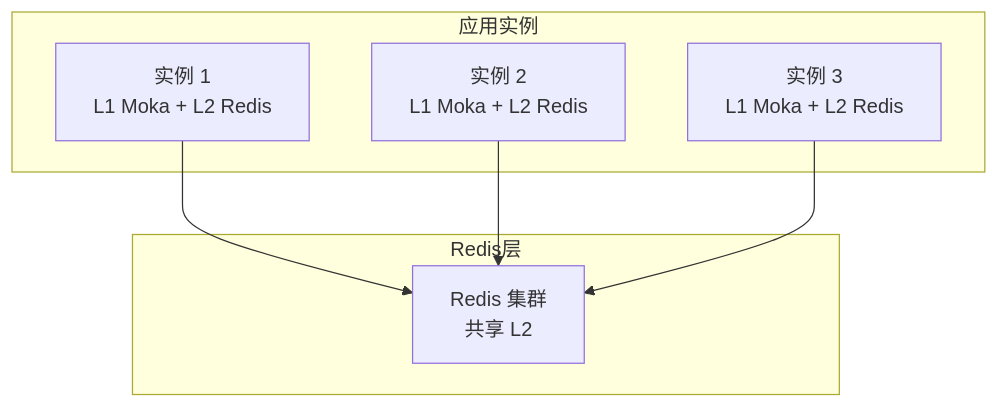
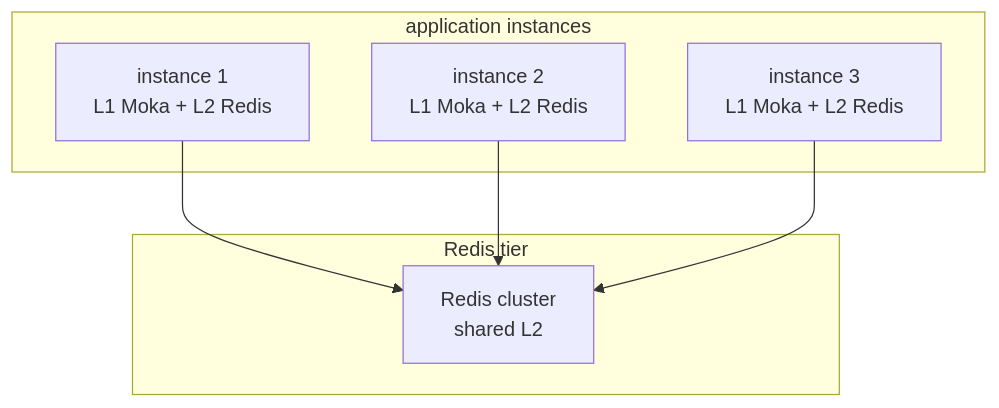
One commit to Kirky-X/oxcache changed the fifth of 6 diagrams in docs/en/ARCHITECTURE.md. Above: the diagram before and after it, drawn with Mermaid. The commit also changed other lines of this file and 15 other files, not shown here.

````diff
--- a/docs/en/ARCHITECTURE.md
+++ b/docs/en/ARCHITECTURE.md
@@ -766,16 +766,16 @@
 ```mermaid
 flowchart TD
-    subgraph 应用实例
-        I1["实例 1<br/>L1 Moka + L2 Redis"]
-        I2["实例 2<br/>L1 Moka + L2 Redis"]
-        I3["实例 3<br/>L1 Moka + L2 Redis"]
+    subgraph application instances
+        I1["instance 1<br/>L1 Moka + L2 Redis"]
+        I2["instance 2<br/>L1 Moka + L2 Redis"]
+        I3["instance 3<br/>L1 Moka + L2 Redis"]
     end
 
-    subgraph Redis层
-        R["Redis 集群<br/>共享 L2"]
+    subgraph Redis tier
+        R["Redis cluster<br/>shared L2"]
     end
 
     I1 --> R
     I2 --> R
     I3 --> R
 ```
````
